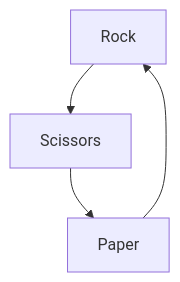
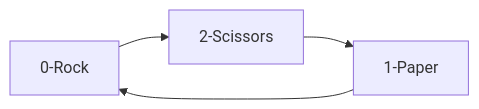
The diagram in README.md (TeoRojas/Rock-Paper-Scissors--graphMode--), drawn with Mermaid before and after one commit. The commit also changed other lines of this file, not shown here.

Commit message:
creating markdown

````diff
--- a/README.md
+++ b/README.md
@@ -15,6 +17,6 @@
 ```mermaid
-graph TD;
-    Rock --> Scissors;
-    Scissors --> Paper;
-    Paper --> Rock;
+flowchart LR;
+    0-Rock --> 2-Scissors;
+    2-Scissors --> 1-Paper;
+    1-Paper --> 0-Rock;
 ```
````
